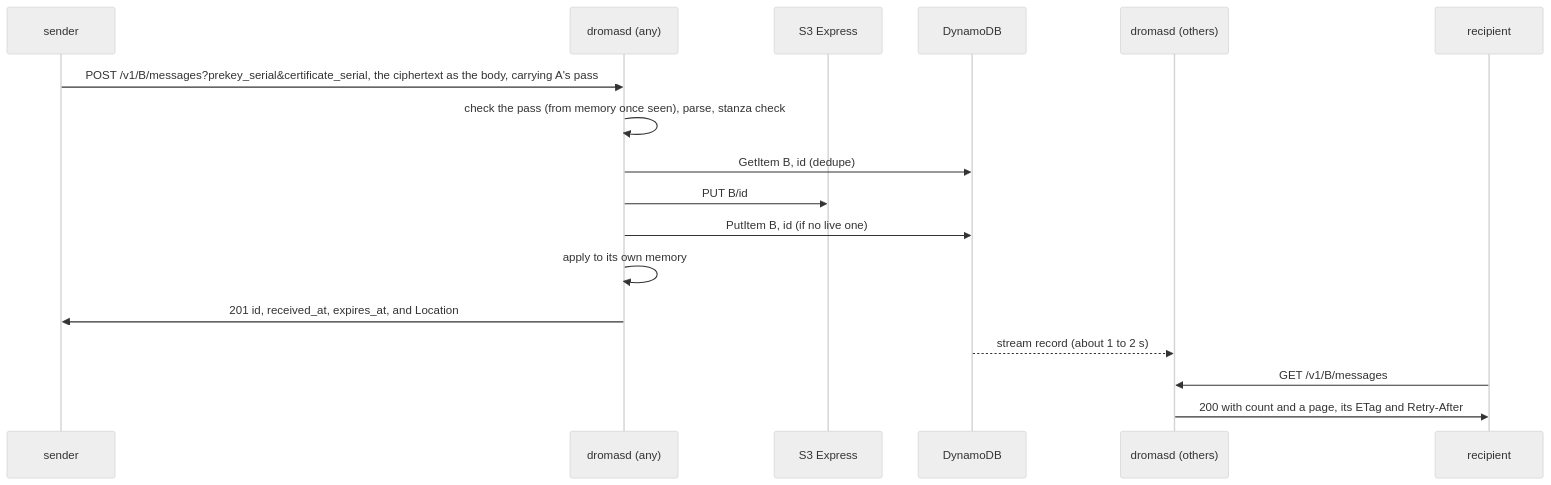
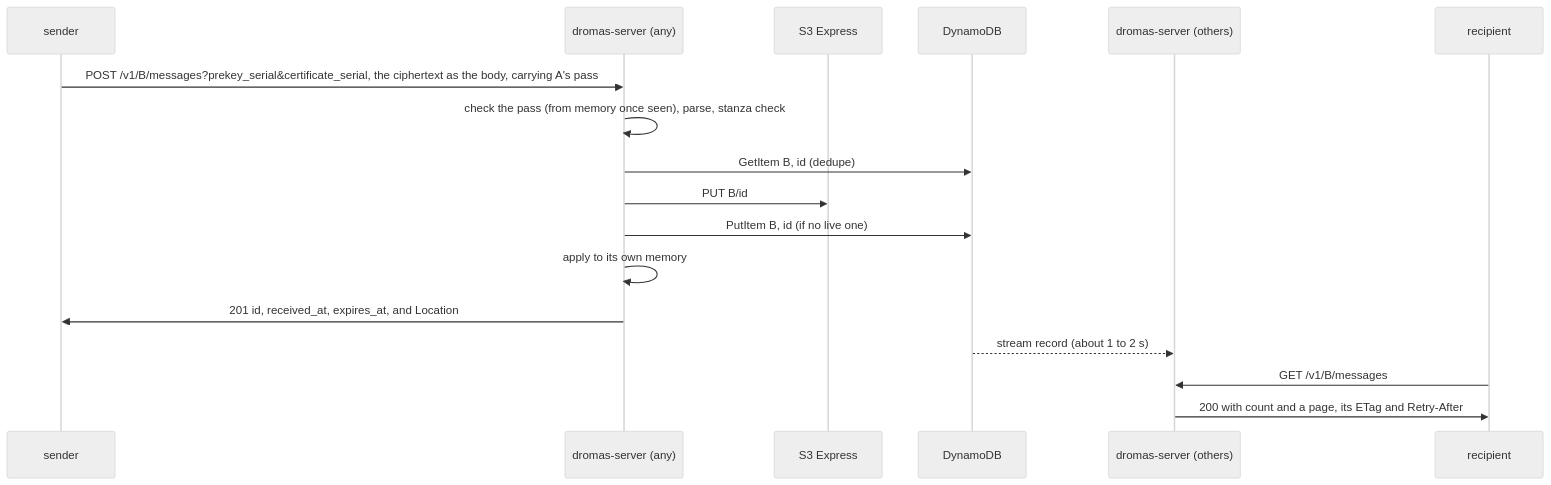
One commit to dromas-dev/dromas-server changed the second of 2 diagrams in ARCHITECTURE.md. Above: the diagram before and after it, drawn with Mermaid (neutral theme). The commit also changed other lines of this file and 35 other files, not shown here.

First line of the commit message:
the server's binary, archives, image and metrics are dromas-server (#152)

````diff
--- a/ARCHITECTURE.md
+++ b/ARCHITECTURE.md
@@ -179,19 +179,19 @@
 ```mermaid
 sequenceDiagram
   participant A as sender
-  participant P1 as dromasd (any)
+  participant P1 as dromas-server (any)
   participant S3 as S3 Express
   participant D as DynamoDB
-  participant P2 as dromasd (others)
+  participant P2 as dromas-server (others)
   participant B as recipient
   A->>P1: POST /v1/B/messages?prekey_serial&certificate_serial, the ciphertext as the body, carrying A's pass
   P1->>P1: check the pass (from memory once seen), parse, stanza check
   P1->>D: GetItem B, id (dedupe)
   P1->>S3: PUT B/id
   P1->>D: PutItem B, id (if no live one)
   P1->>P1: apply to its own memory
   P1->>A: 201 id, received_at, expires_at, and Location
   D-->>P2: stream record (about 1 to 2 s)
   B->>P2: GET /v1/B/messages
   P2->>B: 200 with count and a page, its ETag and Retry-After
 ```
````
